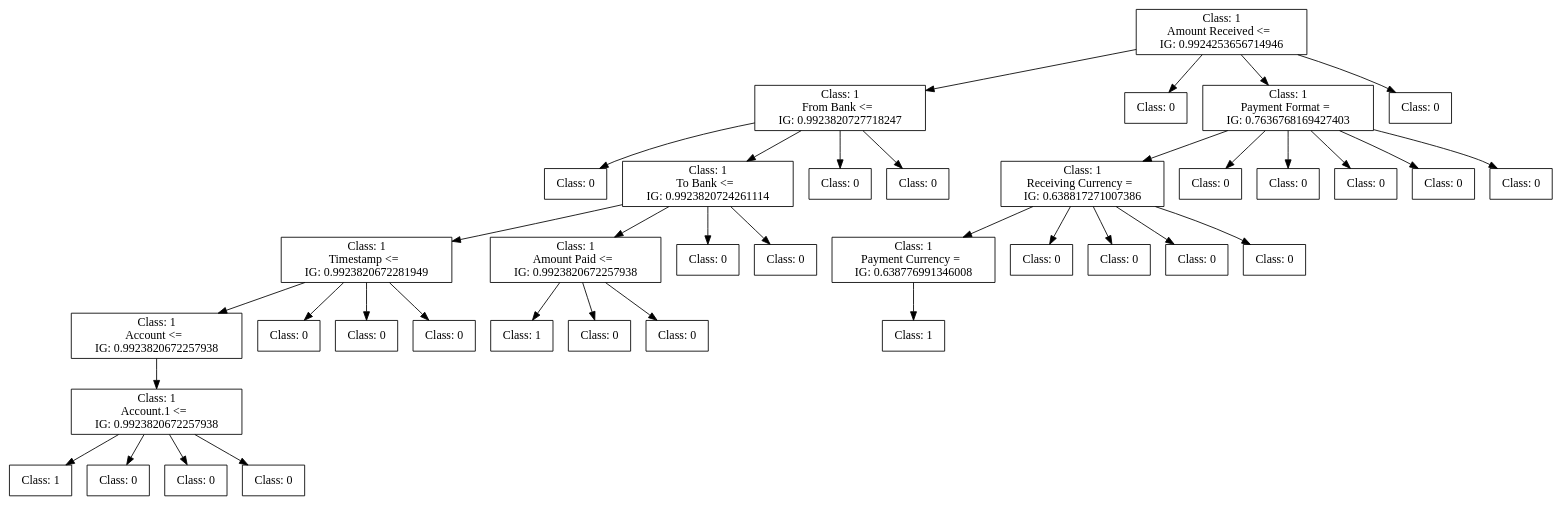
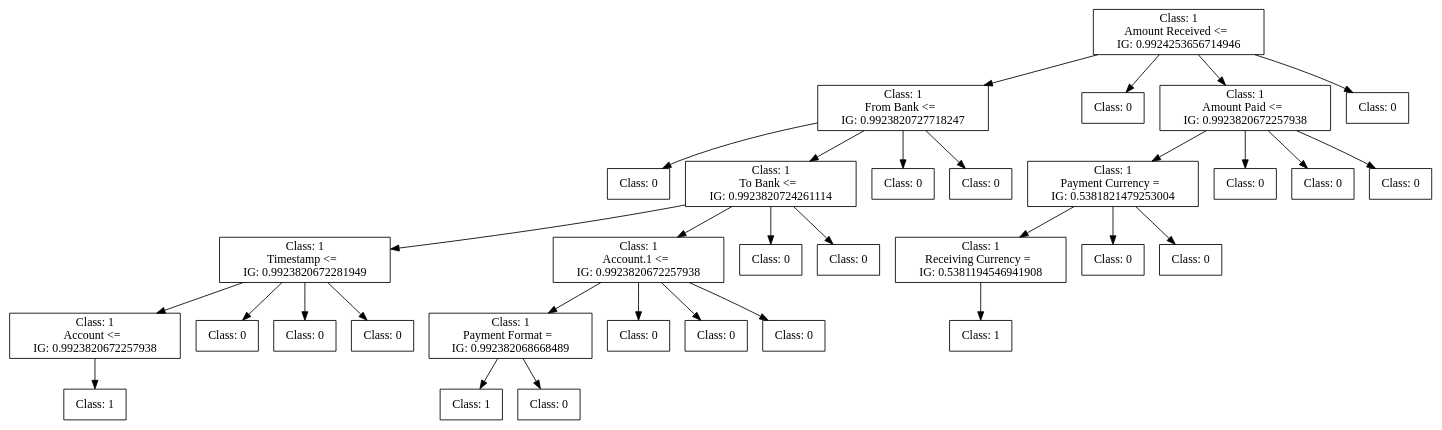
The diagram in tree-id3.dot (FedericoBruzzone/anti-money-laundering), drawn with Graphviz before and after one commit. The commit also changed 6 other files, not shown here.

```diff
--- a/tree-id3.dot
+++ b/tree-id3.dot
@@ -1,124 +1,109 @@
 digraph DecisionTree {
 	rankdir=TD;
 	node [shape=box];
-	140289666827408 [label="Class: 1
+	140126978614096 [label="Class: 1
 Amount Received <=  
 IG: 0.9924253656714946"];
-	140289666628768 [label="Class: 1
+	140126978871872 [label="Class: 1
 From Bank <=  
 IG: 0.9923820727718247"];
-	140289666827408 -> 140289666628768;
-	140289666829904 [label="Class: 0
+	140126978614096 -> 140126978871872;
+	140126978621008 [label="Class: 0
 "];
-	140289666628768 -> 140289666829904;
-	140289666940832 [label="Class: 1
+	140126978871872 -> 140126978621008;
+	140126978997312 [label="Class: 1
 To Bank <=  
 IG: 0.9923820724261114"];
-	140289666628768 -> 140289666940832;
-	140289666827120 [label="Class: 1
+	140126978871872 -> 140126978997312;
+	140126978617840 [label="Class: 1
 Timestamp <=  
 IG: 0.9923820672281949"];
-	140289666940832 -> 140289666827120;
-	140289666621040 [label="Class: 1
+	140126978997312 -> 140126978617840;
+	140126978867600 [label="Class: 1
 Account <=  
 IG: 0.9923820672257938"];
-	140289666827120 -> 140289666621040;
-	140289666936560 [label="Class: 1
+	140126978617840 -> 140126978867600;
+	140126978995776 [label="Class: 1
+"];
+	140126978867600 -> 140126978995776;
+	140126949501024 [label="Class: 0
+"];
+	140126978617840 -> 140126949501024;
+	140126949502944 [label="Class: 0
+"];
+	140126978617840 -> 140126949502944;
+	140126949498864 [label="Class: 0
+"];
+	140126978617840 -> 140126949498864;
+	140126949497856 [label="Class: 1
 Account.1 <=  
 IG: 0.9923820672257938"];
-	140289666621040 -> 140289666936560;
-	140289666930608 [label="Class: 1
+	140126978997312 -> 140126949497856;
+	140126978996976 [label="Class: 1
+Payment Format =  
+IG: 0.992382068668489"];
+	140126949497856 -> 140126978996976;
+	140126978996400 [label="Class: 1
 "];
-	140289666936560 -> 140289666930608;
-	140289623214544 [label="Class: 0
+	140126978996976 -> 140126978996400;
+	140126939466192 [label="Class: 0
 "];
-	140289666936560 -> 140289623214544;
-	140289623215168 [label="Class: 0
+	140126978996976 -> 140126939466192;
+	140126949504528 [label="Class: 0
 "];
-	140289666936560 -> 140289623215168;
-	140289623228320 [label="Class: 0
+	140126949497856 -> 140126949504528;
+	140126949504000 [label="Class: 0
 "];
-	140289666936560 -> 140289623228320;
-	140289623219728 [label="Class: 0
+	140126949497856 -> 140126949504000;
+	140126949504576 [label="Class: 0
 "];
-	140289666827120 -> 140289623219728;
-	140289623224816 [label="Class: 0
+	140126949497856 -> 140126949504576;
+	140126949495744 [label="Class: 0
 "];
-	140289666827120 -> 140289623224816;
-	140289623223472 [label="Class: 0
+	140126978997312 -> 140126949495744;
+	140126949497760 [label="Class: 0
 "];
-	140289666827120 -> 140289623223472;
-	140289623219920 [label="Class: 1
+	140126978997312 -> 140126949497760;
+	140126978995824 [label="Class: 0
+"];
+	140126978871872 -> 140126978995824;
+	140126978996544 [label="Class: 0
+"];
+	140126978871872 -> 140126978996544;
+	140126978988000 [label="Class: 0
+"];
+	140126978614096 -> 140126978988000;
+	140126978992032 [label="Class: 1
 Amount Paid <=  
 IG: 0.9923820672257938"];
-	140289666940832 -> 140289623219920;
-	140289623228272 [label="Class: 1
+	140126978614096 -> 140126978992032;
+	140126949506640 [label="Class: 1
+Payment Currency =  
+IG: 0.5381821479253004"];
+	140126978992032 -> 140126949506640;
+	140126978992320 [label="Class: 1
+Receiving Currency =  
+IG: 0.5381194546941908"];
+	140126949506640 -> 140126978992320;
+	140126978989248 [label="Class: 1
 "];
-	140289623219920 -> 140289623228272;
-	140289637437824 [label="Class: 0
+	140126978992320 -> 140126978989248;
+	140126939473968 [label="Class: 0
 "];
-	140289623219920 -> 140289637437824;
-	140289637440176 [label="Class: 0
+	140126949506640 -> 140126939473968;
+	140126939475312 [label="Class: 0
 "];
-	140289623219920 -> 140289637440176;
-	140289623220304 [label="Class: 0
+	140126949506640 -> 140126939475312;
+	140126939470896 [label="Class: 0
 "];
-	140289666940832 -> 140289623220304;
-	140289623214592 [label="Class: 0
+	140126978992032 -> 140126939470896;
+	140126939473152 [label="Class: 0
 "];
-	140289666940832 -> 140289623214592;
-	140289666936848 [label="Class: 0
+	140126978992032 -> 140126939473152;
+	140126939471664 [label="Class: 0
 "];
-	140289666628768 -> 140289666936848;
-	140289666940736 [label="Class: 0
+	140126978992032 -> 140126939471664;
+	140126978990928 [label="Class: 0
 "];
-	140289666628768 -> 140289666940736;
-	140289666930896 [label="Class: 0
-"];
-	140289666827408 -> 140289666930896;
-	140289666934928 [label="Class: 1
-Payment Format =  
-IG: 0.7636768169427403"];
-	140289666827408 -> 140289666934928;
-	140289623226784 [label="Class: 1
-Receiving Currency =  
-IG: 0.638817271007386"];
-	140289666934928 -> 140289623226784;
-	140289666936896 [label="Class: 1
-Payment Currency =  
-IG: 0.638776991346008"];
-	140289623226784 -> 140289666936896;
-	140289623228080 [label="Class: 1
-"];
-	140289666936896 -> 140289623228080;
-	140289637438400 [label="Class: 0
-"];
-	140289623226784 -> 140289637438400;
-	140289637448000 [label="Class: 0
-"];
-	140289623226784 -> 140289637448000;
-	140289637445744 [label="Class: 0
-"];
-	140289623226784 -> 140289637445744;
-	140289637448144 [label="Class: 0
-"];
-	140289623226784 -> 140289637448144;
-	140289637442192 [label="Class: 0
-"];
-	140289666934928 -> 140289637442192;
-	140289637445216 [label="Class: 0
-"];
-	140289666934928 -> 140289637445216;
-	140289637442864 [label="Class: 0
-"];
-	140289666934928 -> 140289637442864;
-	140289637445360 [label="Class: 0
-"];
-	140289666934928 -> 140289637445360;
-	140289637445024 [label="Class: 0
-"];
-	140289666934928 -> 140289637445024;
-	140289666933824 [label="Class: 0
-"];
-	140289666827408 -> 140289666933824;
+	140126978614096 -> 140126978990928;
 }
```
